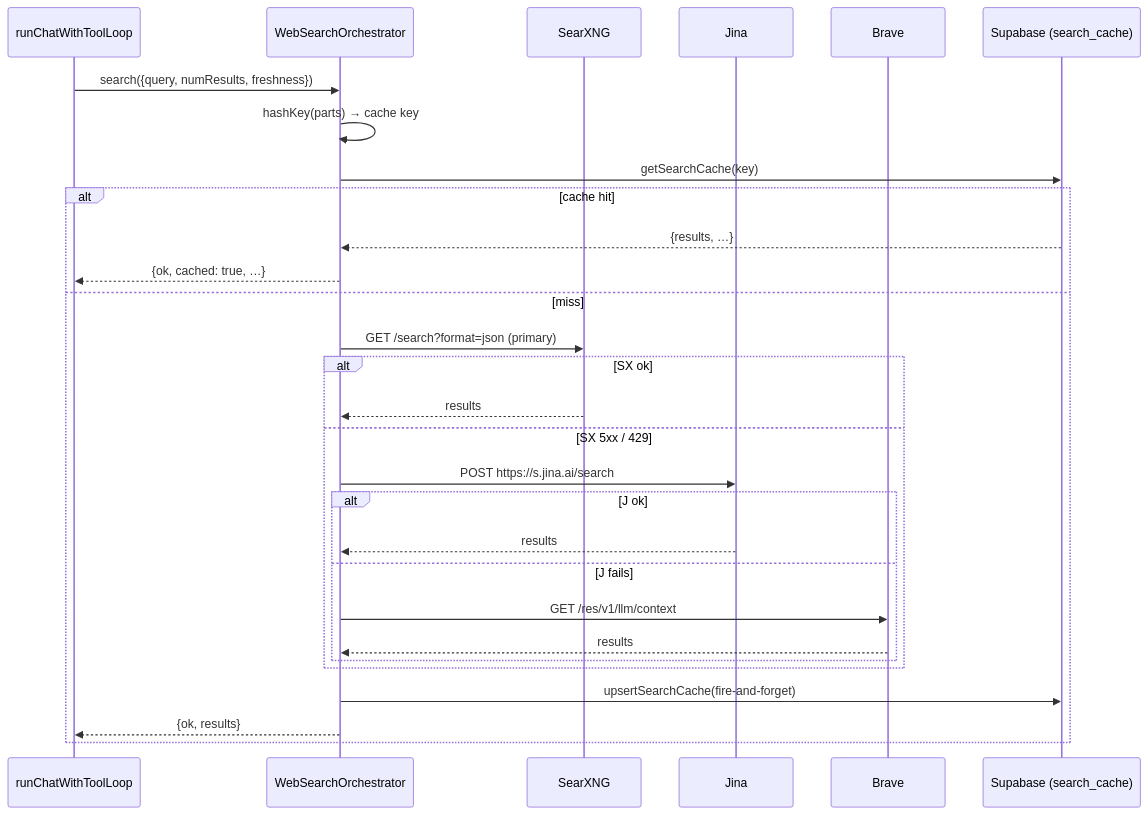
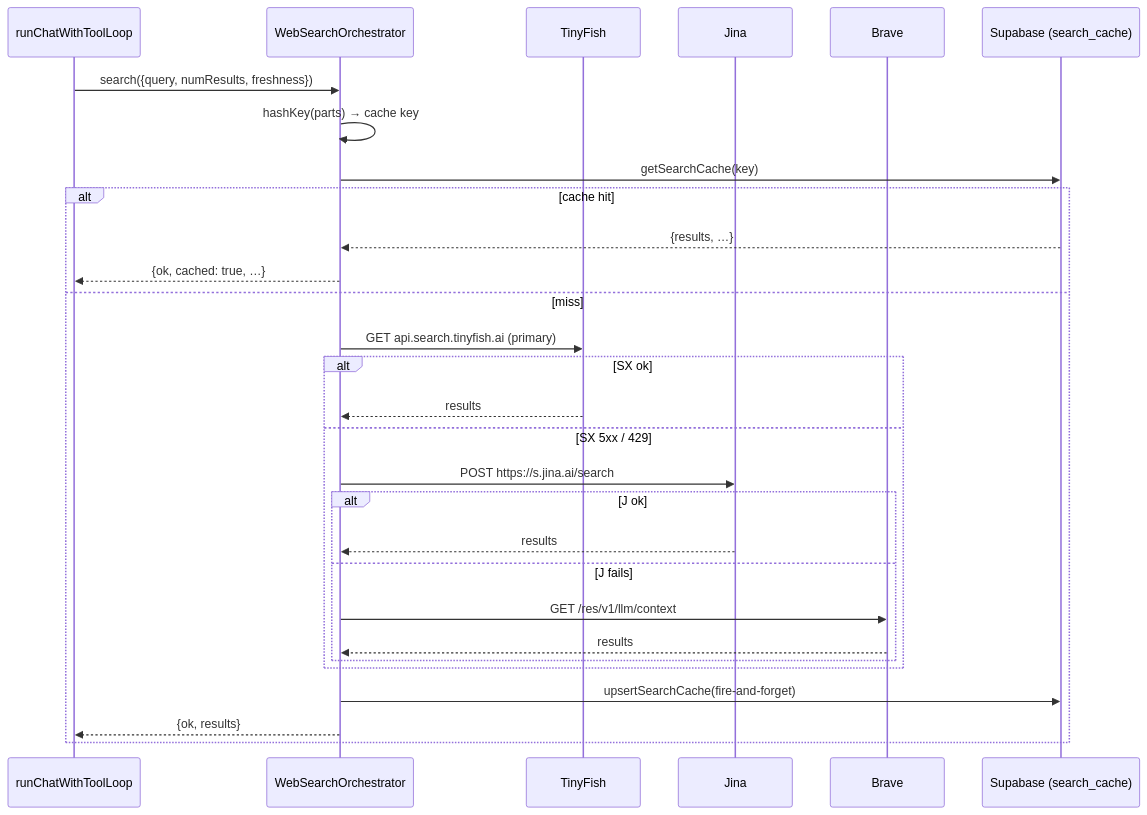
One commit to Arya-Sankhe/Chat changed the third of 6 diagrams in ARCHITECTURE.md. Above: the diagram before and after it, drawn with Mermaid. The commit also changed other lines of this file and 65 other files, not shown here.

First line of the commit message:
Speak with self-hosted Pocket TTS first, and remove SearXNG

````diff
--- a/ARCHITECTURE.md
+++ b/ARCHITECTURE.md
@@ -498,32 +493,32 @@
 ```mermaid
 sequenceDiagram
     participant API as runChatWithToolLoop
     participant ORCH as WebSearchOrchestrator
-    participant SX as SearXNG
+    participant SX as TinyFish
     participant J as Jina
     participant BR as Brave
     participant SB as Supabase (search_cache)
 
     API->>ORCH: search({query, numResults, freshness})
     ORCH->>ORCH: hashKey(parts) → cache key
     ORCH->>SB: getSearchCache(key)
     alt cache hit
         SB-->>ORCH: {results, …}
         ORCH-->>API: {ok, cached: true, …}
     else miss
-        ORCH->>SX: GET /search?format=json  (primary)
+        ORCH->>SX: GET api.search.tinyfish.ai  (primary)
         alt SX ok
             SX-->>ORCH: results
         else SX 5xx / 429
             ORCH->>J: POST https://s.jina.ai/search
             alt J ok
                 J-->>ORCH: results
             else J fails
                 ORCH->>BR: GET /res/v1/llm/context
                 BR-->>ORCH: results
             end
         end
         ORCH->>SB: upsertSearchCache(fire-and-forget)
         ORCH-->>API: {ok, results}
     end
 ```
````
